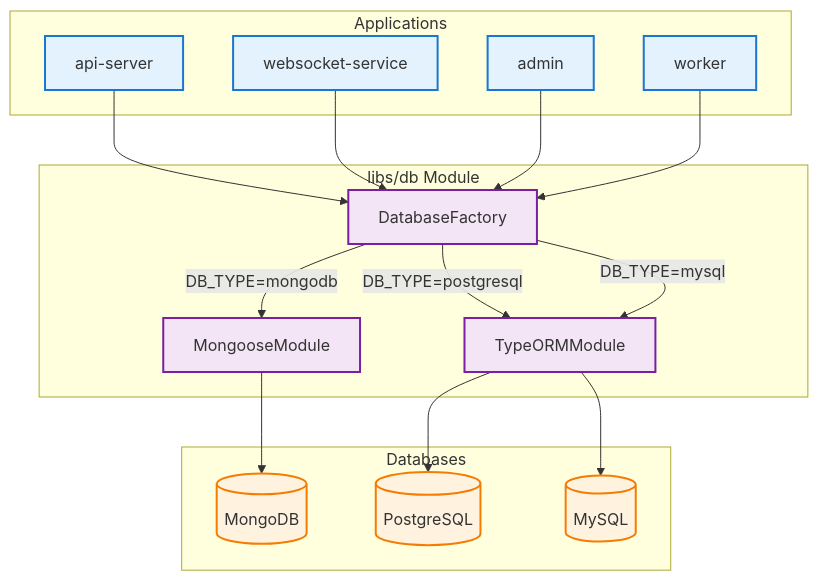
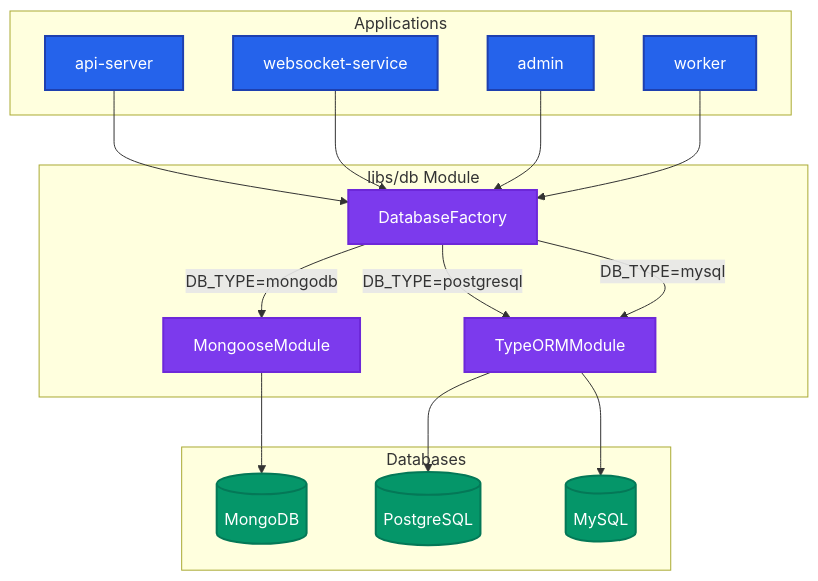
One commit to ksaofjeflj/NestJS-Monorepo-Template changed the fifth of 8 diagrams in README.md. Above: the diagram before and after it, drawn with Mermaid. The commit also changed other lines of this file, not shown here.

Commit message:
chore:(readme updated with clear architecture diagrams breaking down each)

````diff
--- a/README.md
+++ b/README.md
@@ -232,42 +232,42 @@
 ```mermaid
 flowchart TB
     subgraph Apps["Applications"]
         API[api-server]
         WS[websocket-service]
         Admin[admin]
         Worker[worker]
     end
     
     subgraph DBModule["libs/db Module"]
         Factory[DatabaseFactory]
         MongoModule[MongooseModule]
         TypeORMModule[TypeORMModule]
     end
     
     subgraph Databases["Databases"]
         MongoDB[(MongoDB)]
         PostgreSQL[(PostgreSQL)]
         MySQL[(MySQL)]
     end
     
     API --> Factory
     WS --> Factory
     Admin --> Factory
     Worker --> Factory
     
     Factory -->|DB_TYPE=mongodb| MongoModule
     Factory -->|DB_TYPE=postgresql| TypeORMModule
     Factory -->|DB_TYPE=mysql| TypeORMModule
     
     MongoModule --> MongoDB
     TypeORMModule --> PostgreSQL
     TypeORMModule --> MySQL
     
-    classDef app fill:#e3f2fd,stroke:#1976d2,stroke-width:2px
-    classDef db fill:#f3e5f5,stroke:#7b1fa2,stroke-width:2px
-    classDef database fill:#fff3e0,stroke:#f57c00,stroke-width:2px
+    classDef app fill:#2563eb,color:#fff,stroke:#1e40af,stroke-width:2px
+    classDef db fill:#7c3aed,color:#fff,stroke:#6d28d9,stroke-width:2px
+    classDef database fill:#059669,color:#fff,stroke:#047857,stroke-width:2px
     
     class API,WS,Admin,Worker app
     class Factory,MongoModule,TypeORMModule db
     class MongoDB,PostgreSQL,MySQL database
 ```
````
